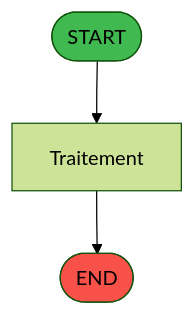
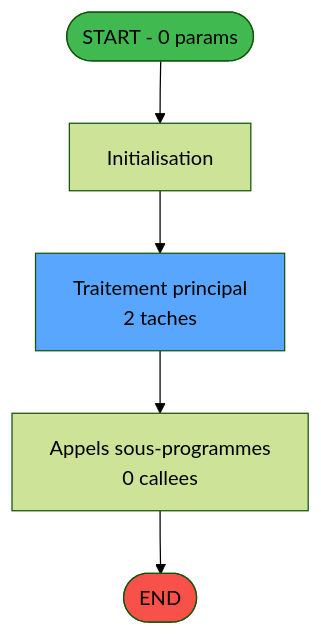
The first of 3 diagrams in .openspec/specs/ADH-IDE-100.md (thonyAGP/lecteur-magic), drawn with Mermaid (forest theme) before and after one commit. The commit also changed other lines of this file and 701 other files, not shown here.

````diff
--- a/.openspec/specs/ADH-IDE-100.md
+++ b/.openspec/specs/ADH-IDE-100.md
@@ -69,9 +82,14 @@
 ```mermaid
 flowchart TD
-    START([START])
-    PROCESS[Traitement]
+    START([START - 0 params])
+    INIT["Initialisation"]
+    PROCESS["Traitement principal<br/>2 taches"]
+    CALLS["Appels sous-programmes<br/>0 callees"]
     ENDOK([END])
-    START --> PROCESS --> ENDOK
+
+    START --> INIT --> PROCESS --> CALLS --> ENDOK
+
     style START fill:#3fb950
     style ENDOK fill:#f85149
+    style PROCESS fill:#58a6ff
 ```
````
